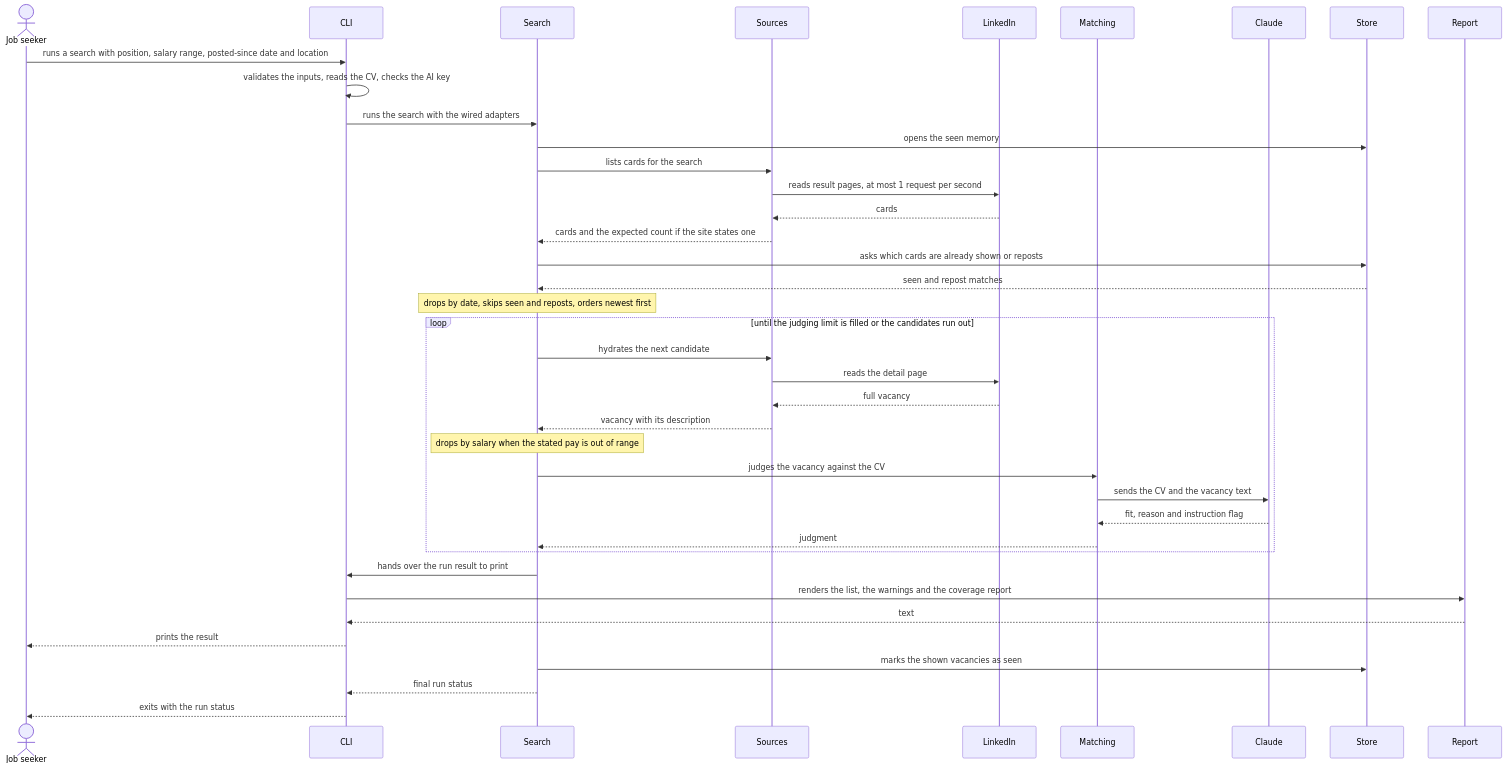
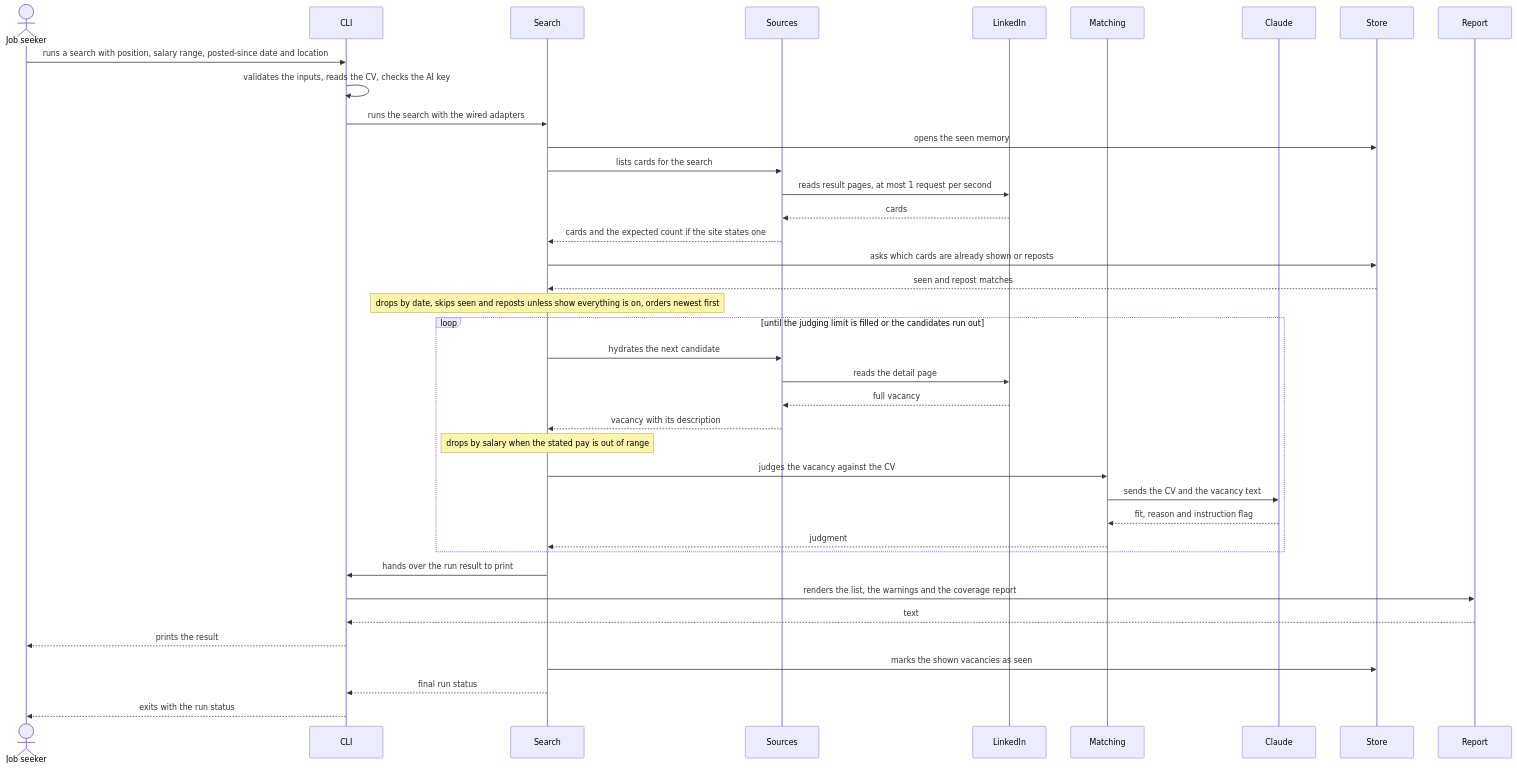
Before and after one commit to boxior/ai-vacancy-finder: the third of 4 diagrams in docs/features/ai-vacancy-finder/sad.md, drawn with Mermaid. The commit also changed other lines of this file, not shown here.

````diff
--- a/docs/features/ai-vacancy-finder/sad.md
+++ b/docs/features/ai-vacancy-finder/sad.md
@@ -185,42 +186,42 @@
 ```mermaid
 sequenceDiagram
     actor Seeker as Job seeker
     participant CLI
     participant Search
     participant Sources
     participant LinkedIn
     participant Matching
     participant Claude
     participant Store
     participant Report
 
     Seeker->>CLI: runs a search with position, salary range, posted-since date and location
     CLI->>CLI: validates the inputs, reads the CV, checks the AI key
     CLI->>Search: runs the search with the wired adapters
     Search->>Store: opens the seen memory
     Search->>Sources: lists cards for the search
     Sources->>LinkedIn: reads result pages, at most 1 request per second
     LinkedIn-->>Sources: cards
     Sources-->>Search: cards and the expected count if the site states one
     Search->>Store: asks which cards are already shown or reposts
     Store-->>Search: seen and repost matches
-    Note over Search: drops by date, skips seen and reposts, orders newest first
+    Note over Search: drops by date, skips seen and reposts unless show everything is on, orders newest first
     loop until the judging limit is filled or the candidates run out
         Search->>Sources: hydrates the next candidate
         Sources->>LinkedIn: reads the detail page
         LinkedIn-->>Sources: full vacancy
         Sources-->>Search: vacancy with its description
         Note over Search: drops by salary when the stated pay is out of range
         Search->>Matching: judges the vacancy against the CV
         Matching->>Claude: sends the CV and the vacancy text
         Claude-->>Matching: fit, reason and instruction flag
         Matching-->>Search: judgment
     end
     Search->>CLI: hands over the run result to print
     CLI->>Report: renders the list, the warnings and the coverage report
     Report-->>CLI: text
     CLI-->>Seeker: prints the result
     Search->>Store: marks the shown vacancies as seen
     Search-->>CLI: final run status
     CLI-->>Seeker: exits with the run status
 ```
````
